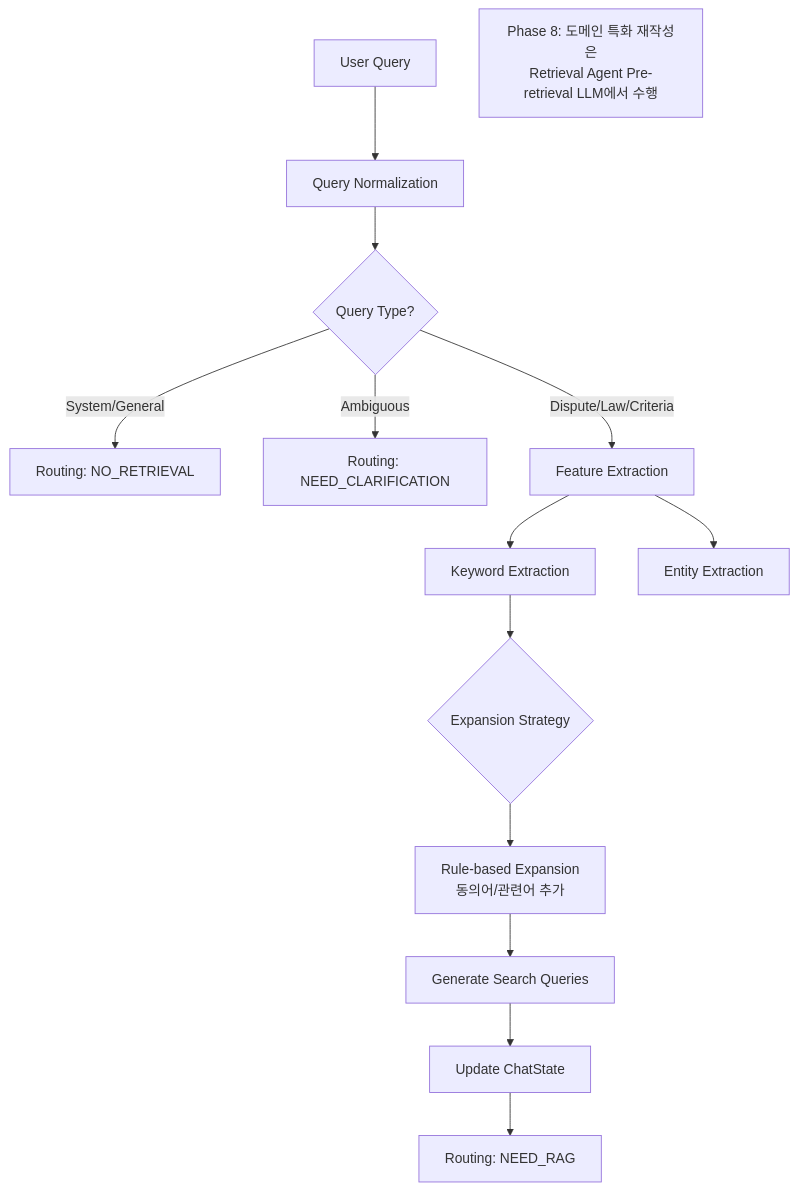
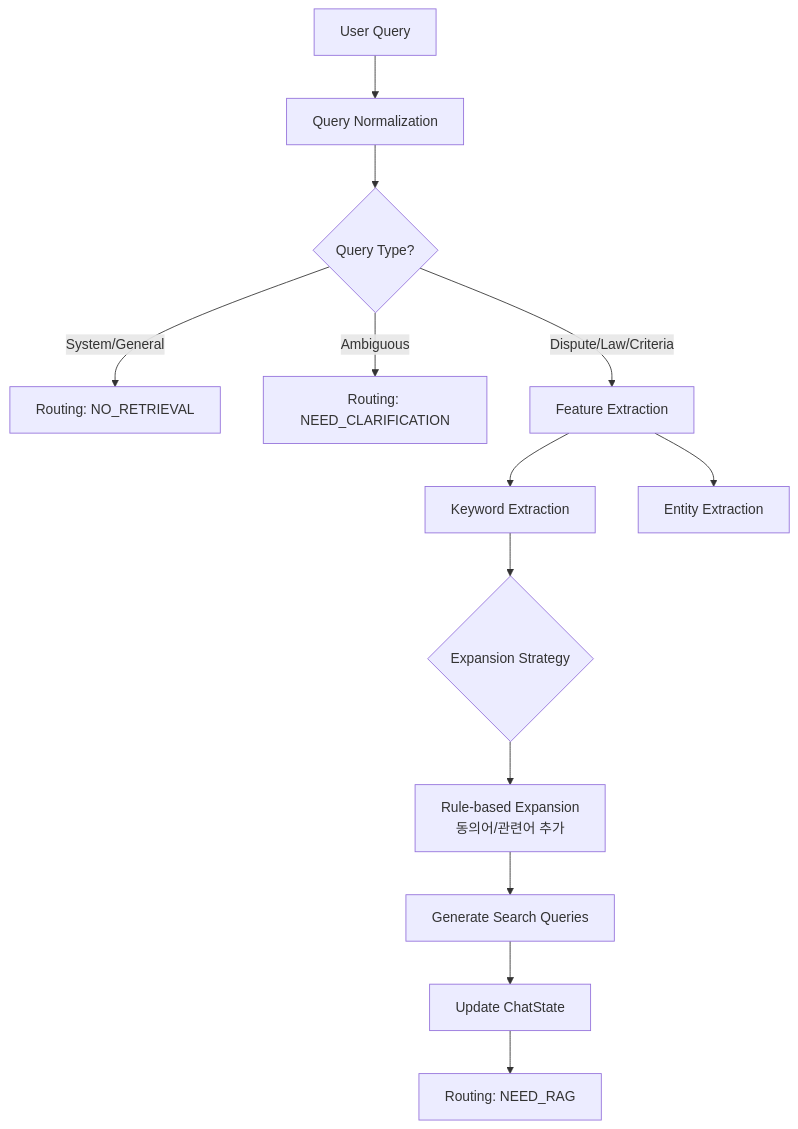
Before and after one commit to Maroco0109/Ddoksori: the diagram in backend/app/agents/query_analysis/README.md, drawn with Mermaid. The commit also changed other lines of this file and 58 other files, not shown here.

````diff
--- a/backend/app/agents/query_analysis/README.md
+++ b/backend/app/agents/query_analysis/README.md
@@ -20,22 +20,20 @@
 ```mermaid
 flowchart TD
     UserQuery[User Query] --> Normalize[Query Normalization]
     Normalize --> Classify{Query Type?}
     
     Classify -- System/General --> NoRetrieval[Routing: NO_RETRIEVAL]
     Classify -- Ambiguous --> Clarify[Routing: NEED_CLARIFICATION]
     Classify -- Dispute/Law/Criteria --> Extract[Feature Extraction]
     
     Extract --> Keywords[Keyword Extraction]
     Extract --> Entities[Entity Extraction]
     
     Keywords --> Expansion{Expansion Strategy}
     Expansion --> RuleExpansion[Rule-based Expansion<br/>동의어/관련어 추가]
 
     RuleExpansion --> SearchQueries[Generate Search Queries]
 
-    Note[Phase 8: 도메인 특화 재작성은<br/>Retrieval Agent Pre-retrieval LLM에서 수행]
-    
     SearchQueries --> FinalState[Update ChatState]
     FinalState --> NextNode[Routing: NEED_RAG]
 ```
````
